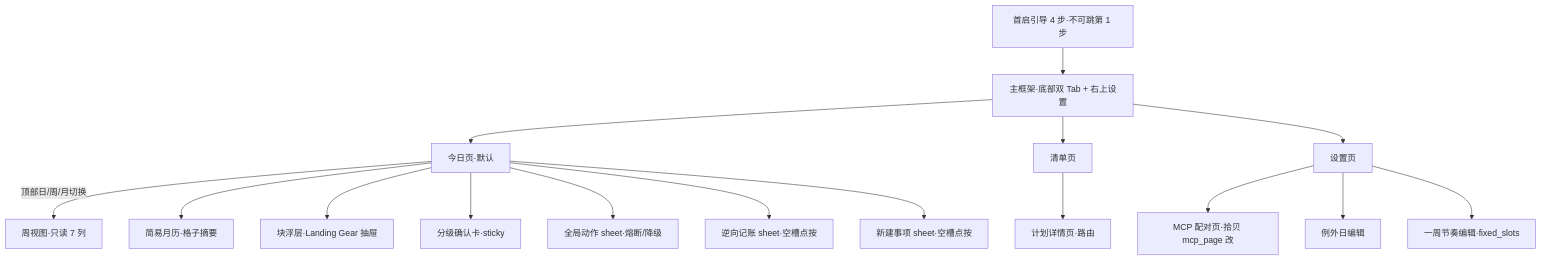
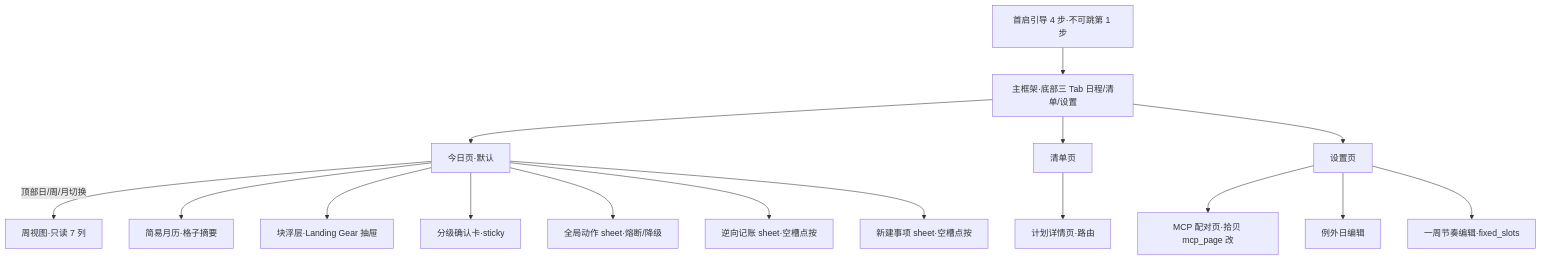
One commit to loveheng/goodtime changed the first of 2 diagrams in docs/design/ui-spec.md. Above: the diagram before and after it, drawn with Mermaid. The commit also changed other lines of this file and 6 other files, not shown here.

````diff
--- a/docs/design/ui-spec.md
+++ b/docs/design/ui-spec.md
@@ -154,18 +154,18 @@
 ```mermaid
 flowchart TD
-  OB[首启引导 4 步·不可跳第 1 步] --> FRAME[主框架·底部双 Tab + 右上设置]
+  OB[首启引导 4 步·不可跳第 1 步] --> FRAME[主框架·底部三 Tab 日程/清单/设置]
   FRAME --> TODAY[今日页·默认]
   FRAME --> LIST[清单页]
   FRAME --> SET[设置页]
   TODAY -- 顶部日/周/月切换 --> WEEK[周视图·只读 7 列]
   TODAY --> MONTH[简易月历·格子摘要]
   TODAY --> BSHEET[块浮层·Landing Gear 抽屉]
   TODAY --> CCARD[分级确认卡·sticky]
   TODAY --> PANIC[全局动作 sheet·熔断/降级]
   TODAY --> RETRO[逆向记账 sheet·空槽点按]
   TODAY --> NEWB[新建事项 sheet·空槽点按]
   LIST --> DETAIL[计划详情页·路由]
   SET --> MCPG[MCP 配对页·拾贝 mcp_page 改]
   SET --> EXC[例外日编辑]
   SET --> SLOTS[一周节奏编辑·fixed_slots]
 ```
````
